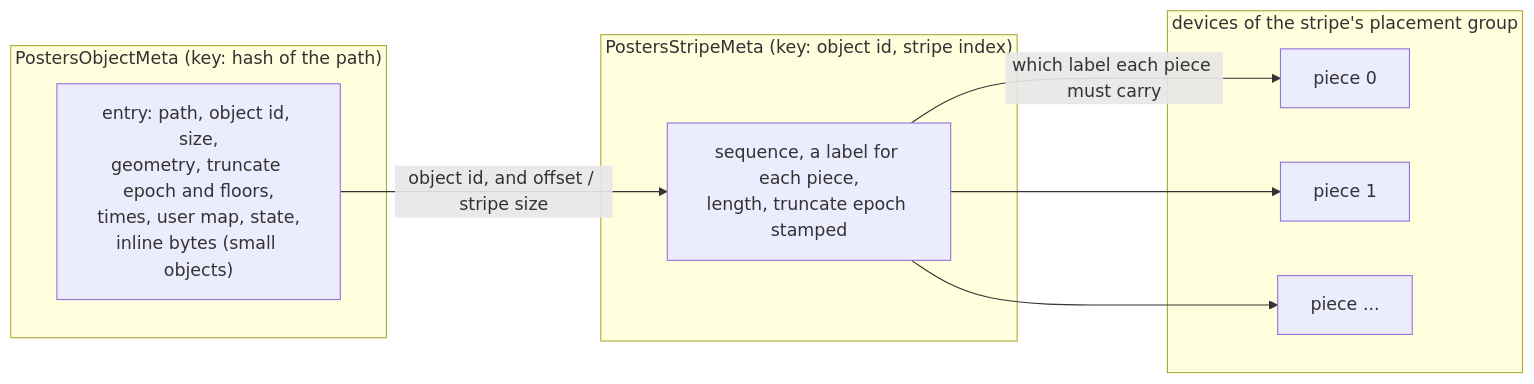
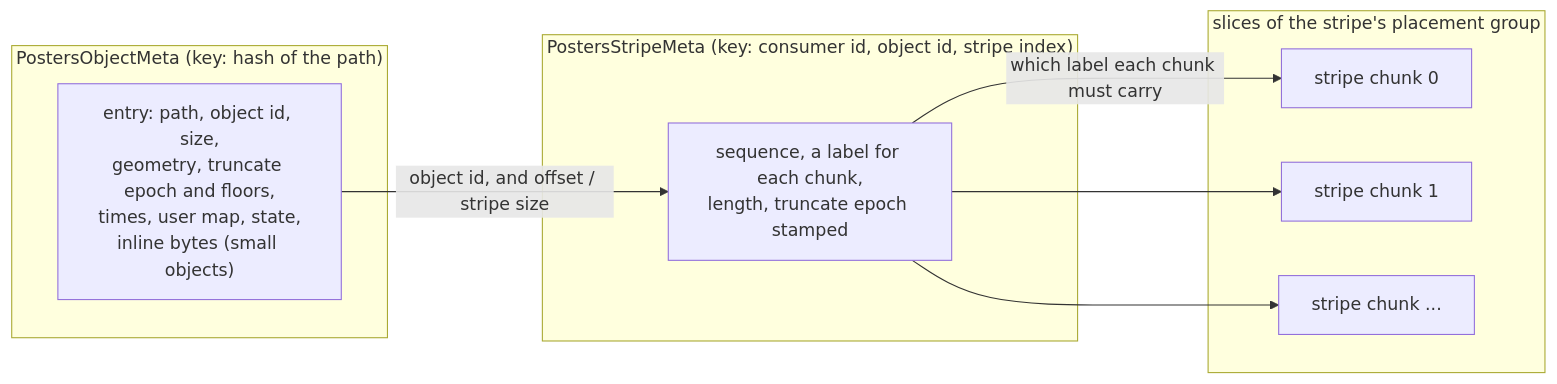
Before and after one commit to mjcarson/shoal: the diagram in docs/src/object-storage/objects.md, drawn with Mermaid. The commit also changed other lines of this file and 78 other files, not shown here.

````diff
--- a/docs/src/object-storage/objects.md
+++ b/docs/src/object-storage/objects.md
@@ -85,18 +90,18 @@
 ```mermaid
 flowchart LR
     subgraph om["PostersObjectMeta (key: hash of the path)"]
         e["entry: path, object id, size,<br/>geometry, truncate epoch and floors,<br/>times, user map, state,<br/>inline bytes (small objects)"]
     end
-    subgraph sm["PostersStripeMeta (key: object id, stripe index)"]
-        s["sequence, a label for each piece,<br/>length, truncate epoch stamped"]
+    subgraph sm["PostersStripeMeta (key: consumer id, object id, stripe index)"]
+        s["sequence, a label for each chunk,<br/>length, truncate epoch stamped"]
     end
-    subgraph pcs["devices of the stripe's placement group"]
-        p0["piece 0"]
-        p1["piece 1"]
-        p2["piece ..."]
+    subgraph pcs["slices of the stripe's placement group"]
+        p0["stripe chunk 0"]
+        p1["stripe chunk 1"]
+        p2["stripe chunk ..."]
     end
     e -- "object id, and offset / stripe size" --> s
-    s -- "which label each piece must carry" --> p0
+    s -- "which label each chunk must carry" --> p0
     s --> p1
     s --> p2
 ```
````
